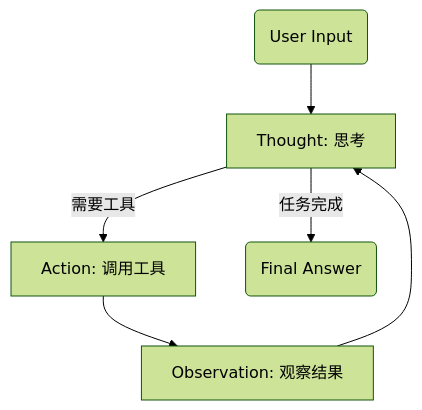
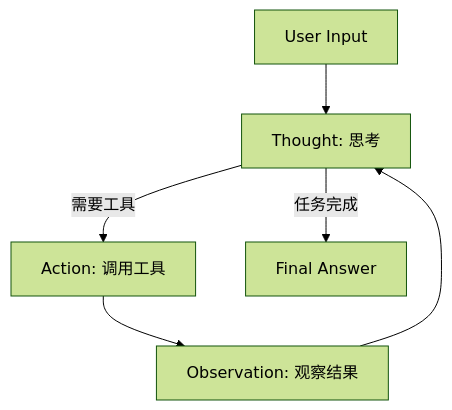
The first of 3 diagrams in 08_agent/8.2_patterns.md (yeasy/claude_guide), drawn with Mermaid (forest theme) before and after one commit.

Commit message:
Use better mermaid code

````diff
--- a/08_agent/8.2_patterns.md
+++ b/08_agent/8.2_patterns.md
@@ -30,8 +30,8 @@
 ```mermaid
 graph TD
-    Input(User Input) --> Thought
-    Thought[Thought: 思考] -->|需要工具| Action[Action: 调用工具]
-    Action --> Obs[Observation: 观察结果]
+    Input["User Input"] --> Thought["Thought: 思考"]
+    Thought -->|需要工具| Action["Action: 调用工具"]
+    Action --> Obs["Observation: 观察结果"]
     Obs --> Thought
-    Thought -->|任务完成| Finish(Final Answer)
+    Thought -->|任务完成| Finish["Final Answer"]
 ```
````
